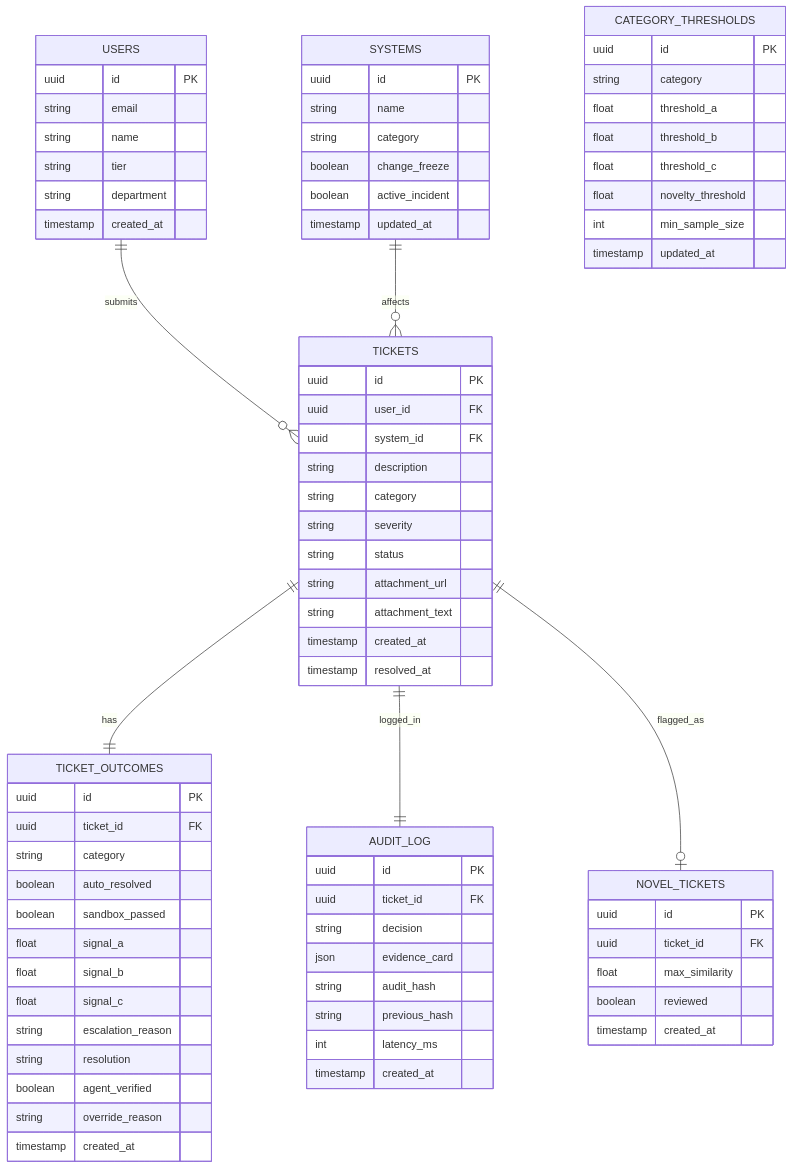
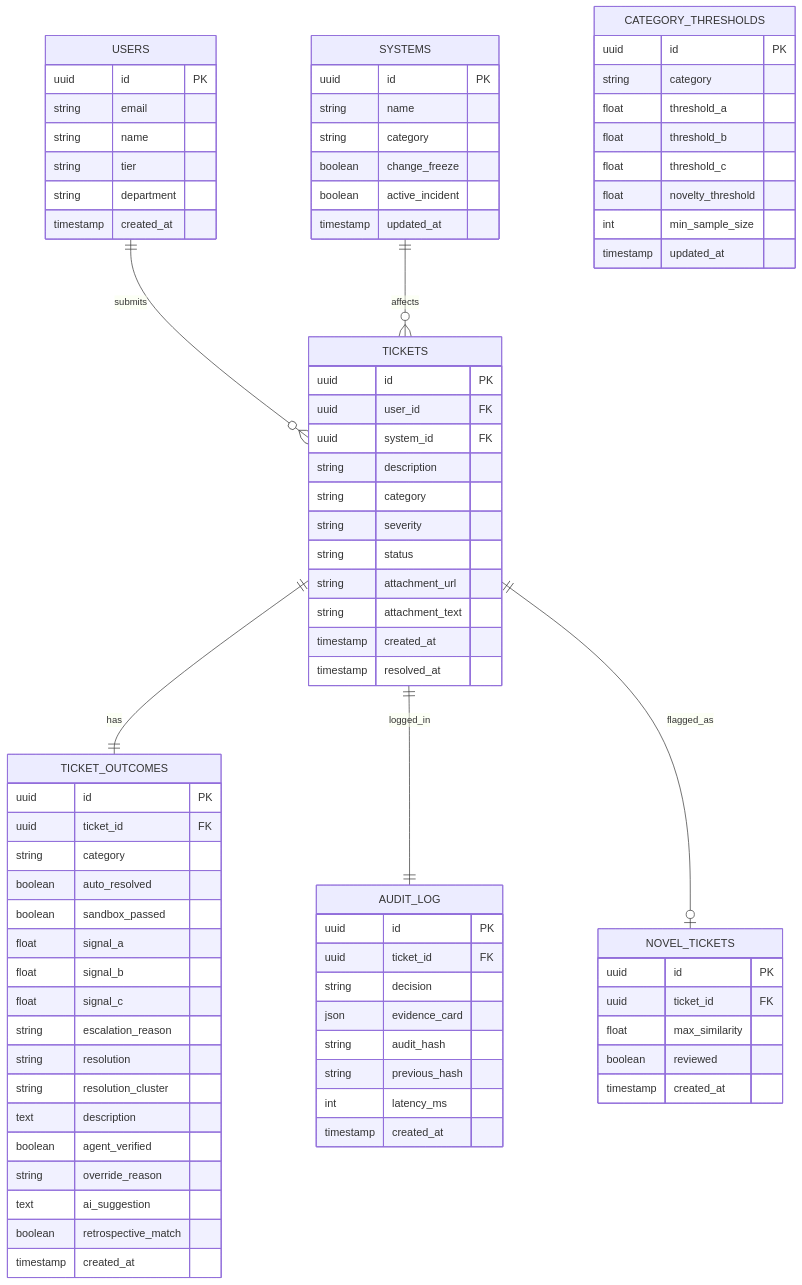
The eighth of 9 diagrams in SOLUTION.md (kr1shnasomani/argus), drawn with Mermaid before and after one commit. The commit also changed other lines of this file and 44 other files, not shown here.

```diff
--- a/SOLUTION.md
+++ b/SOLUTION.md
@@ -581,8 +644,12 @@
         float signal_c
         string escalation_reason
         string resolution
+        string resolution_cluster
+        text description
         boolean agent_verified
         string override_reason
+        text ai_suggestion
+        boolean retrospective_match
         timestamp created_at
     }
 
```
